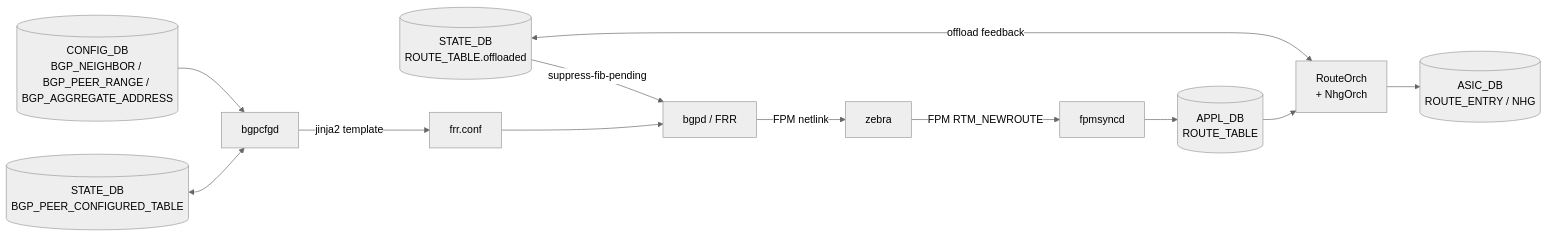
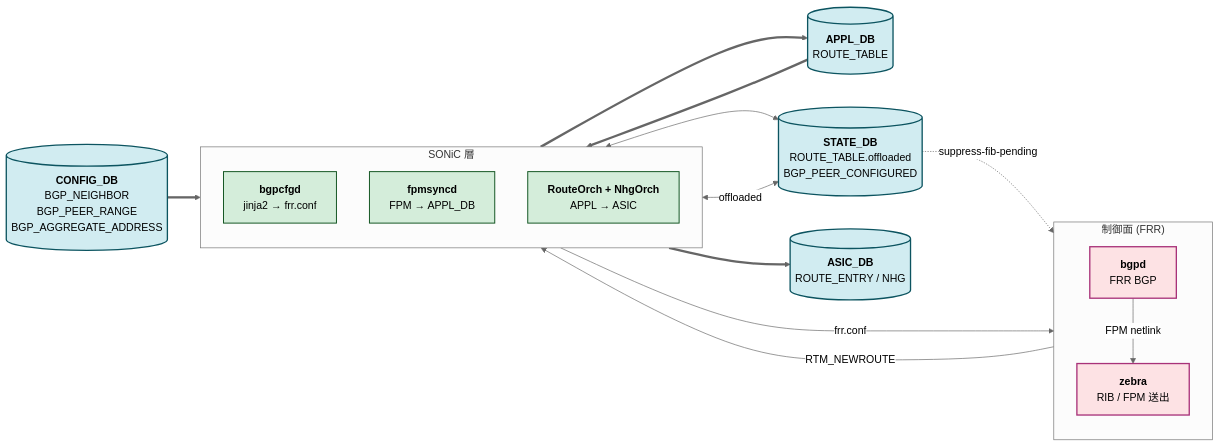
The diagram in docs/topics/02-bgp/internals.md (aoki-taquan/sonic-unofficial-docs), drawn with Mermaid (neutral theme) before and after one commit. The commit also changed 5 other files, not shown here.

First line of the commit message:
[quality] Topics 章間 + 個別 mermaid 品質向上

````diff
--- a/docs/topics/02-bgp/internals.md
+++ b/docs/topics/02-bgp/internals.md
@@ -25,14 +25,35 @@
 ```mermaid
 flowchart LR
-  BGPD[bgpd / FRR] -->|FPM netlink| ZEBRA[zebra]
-  ZEBRA -->|FPM RTM_NEWROUTE| FPMSYNCD[fpmsyncd]
-  FPMSYNCD --> APPL[(APPL_DB<br/>ROUTE_TABLE)]
-  APPL --> ROUTEORCH[RouteOrch<br/>+ NhgOrch]
-  ROUTEORCH --> ASIC[(ASIC_DB<br/>ROUTE_ENTRY / NHG)]
-  STATE[(STATE_DB<br/>ROUTE_TABLE.offloaded)] <-->|offload feedback| ROUTEORCH
-  STATE -->|suppress-fib-pending| BGPD
-  CFG[(CONFIG_DB<br/>BGP_NEIGHBOR / BGP_PEER_RANGE / BGP_AGGREGATE_ADDRESS)] --> BGPCFGD[bgpcfgd]
-  BGPCFGD -->|jinja2 template| FRRCFG[frr.conf]
-  FRRCFG --> BGPD
-  STATECFG[(STATE_DB<br/>BGP_PEER_CONFIGURED_TABLE)] <--> BGPCFGD
+  subgraph CTRL["制御面 (FRR)"]
+    direction TB
+    BGPD["<b>bgpd</b><br/>FRR BGP"]:::frr
+    ZEBRA["<b>zebra</b><br/>RIB / FPM 送出"]:::frr
+  end
+
+  subgraph SONIC["SONiC 層"]
+    direction TB
+    BGPCFGD["<b>bgpcfgd</b><br/>jinja2 → frr.conf"]:::proc
+    FPMSYNCD["<b>fpmsyncd</b><br/>FPM → APPL_DB"]:::proc
+    ROUTEORCH["<b>RouteOrch + NhgOrch</b><br/>APPL → ASIC"]:::proc
+  end
+
+  CFG[("<b>CONFIG_DB</b><br/>BGP_NEIGHBOR<br/>BGP_PEER_RANGE<br/>BGP_AGGREGATE_ADDRESS")]:::db
+  APPL[("<b>APPL_DB</b><br/>ROUTE_TABLE")]:::db
+  STATE[("<b>STATE_DB</b><br/>ROUTE_TABLE.offloaded<br/>BGP_PEER_CONFIGURED")]:::db
+  ASIC[("<b>ASIC_DB</b><br/>ROUTE_ENTRY / NHG")]:::db
+
+  CFG ==> BGPCFGD
+  BGPCFGD -->|frr.conf| BGPD
+  BGPCFGD <--> STATE
+  BGPD -->|FPM netlink| ZEBRA
+  ZEBRA -->|RTM_NEWROUTE| FPMSYNCD
+  FPMSYNCD ==> APPL
+  APPL ==> ROUTEORCH
+  ROUTEORCH ==> ASIC
+  ROUTEORCH <-->|offloaded| STATE
+  STATE -.->|suppress-fib-pending| BGPD
+
+  classDef frr fill:#fde2e4,stroke:#a83279,stroke-width:2px,color:#000;
+  classDef proc fill:#d4edda,stroke:#155724,stroke-width:1.5px,color:#000;
+  classDef db fill:#d1ecf1,stroke:#0c5460,stroke-width:2px,color:#000;
 ```
````
